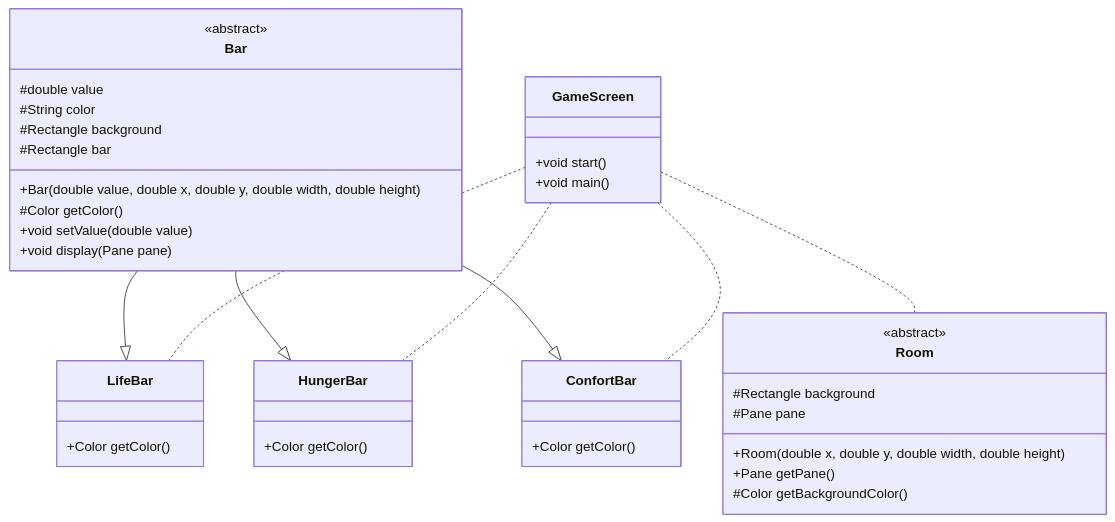
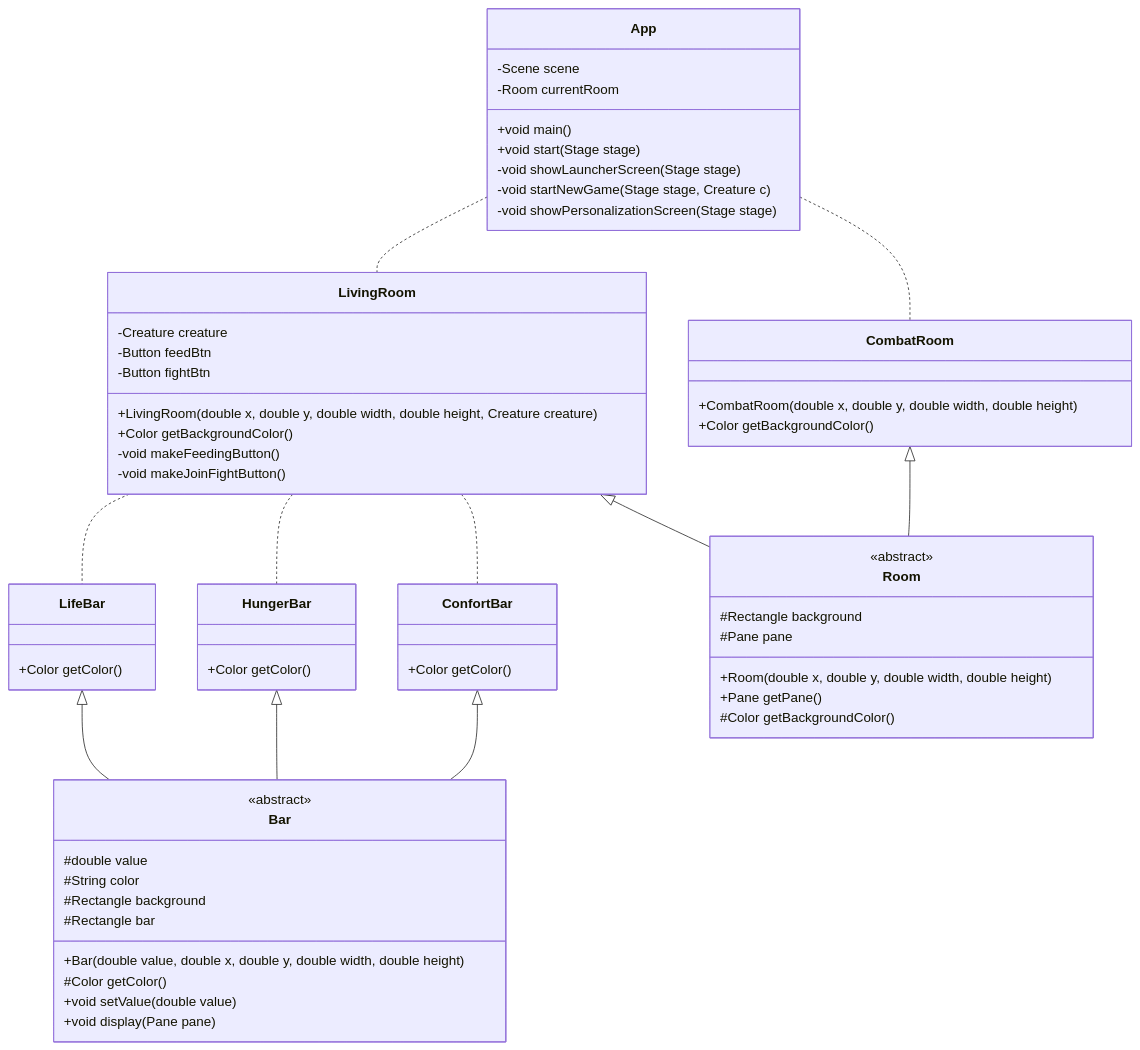
The second of 2 diagrams in README.md (Logeodev/java-exam), drawn with Mermaid before and after one commit. The commit also changed other lines of this file and 5 other files, not shown here.

````diff
--- a/README.md
+++ b/README.md
@@ -56,52 +57,79 @@
 ```mermaid
 classDiagram
 
 class Bar {
     <<abstract>>
     #double value
     #String color
     #Rectangle background
     #Rectangle bar
 
     +Bar(double value, double x, double y, double width, double height)
     #Color getColor()
     +void setValue(double value)
     +void display(Pane pane)
 }
 
 class LifeBar {
     +Color getColor()
 }
 
 class HungerBar {
     +Color getColor()
 }
 
 class ConfortBar {
     +Color getColor()
 }
 
-Bar --|> LifeBar
-Bar --|> HungerBar
-Bar --|> ConfortBar
+LifeBar <|-- Bar
+HungerBar <|-- Bar
+ConfortBar <|-- Bar
 
 class Room {
     <<abstract>>
     #Rectangle background
     #Pane pane
 
     +Room(double x, double y, double width, double height)
     +Pane getPane()
     #Color getBackgroundColor()
 }
 
-class GameScreen {
-    +void start()
-    +void main()
+class LivingRoom {
+    -Creature creature
+    -Button feedBtn
+    -Button fightBtn
+
+    +LivingRoom(double x, double y, double width, double height, Creature creature)
+    +Color getBackgroundColor()
+    -void makeFeedingButton()
+    -void makeJoinFightButton()
 }
 
-GameScreen .. LifeBar
-GameScreen .. HungerBar
-GameScreen .. ConfortBar
-GameScreen .. Room
+LivingRoom <|-- Room
+
+class CombatRoom {
+    +CombatRoom(double x, double y, double width, double height)
+    +Color getBackgroundColor()
+}
+
+CombatRoom <|-- Room
+
+class App {
+    -Scene scene
+    -Room currentRoom
+
+    +void main()
+    +void start(Stage stage)
+    -void showLauncherScreen(Stage stage)
+    -void startNewGame(Stage stage, Creature c)
+    -void showPersonalizationScreen(Stage stage)
+}
+
+LivingRoom .. LifeBar
+LivingRoom .. HungerBar
+LivingRoom .. ConfortBar
+App .. LivingRoom
+App .. CombatRoom
 ```
````
